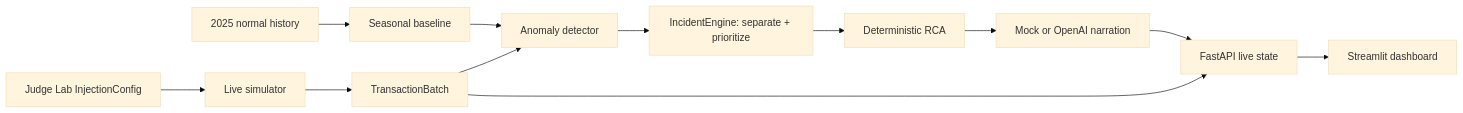
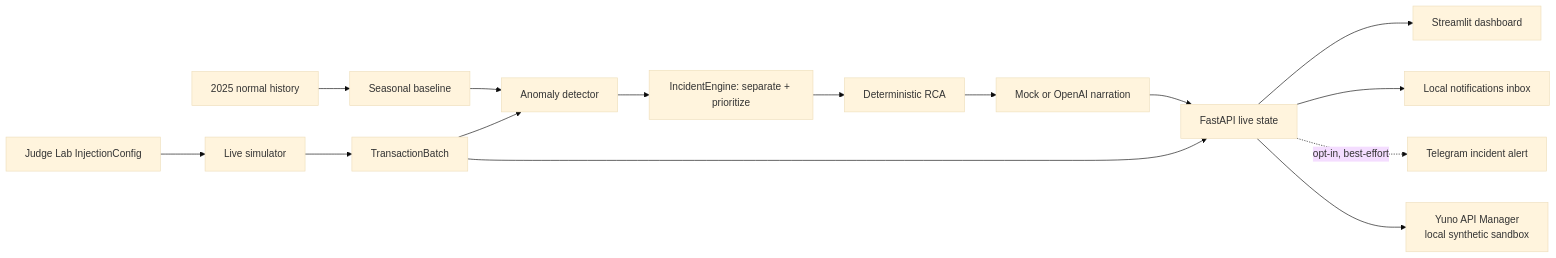
The diagram in README.md (victoriapersico/nw), drawn with Mermaid (base theme) before and after one commit. The commit also changed other lines of this file and 5 other files, not shown here.

````diff
--- a/README.md
+++ b/README.md
@@ -16,14 +21,17 @@
 ```mermaid
 flowchart LR
     H["2025 normal history"] --> B["Seasonal baseline"]
     J["Judge Lab InjectionConfig"] --> S["Live simulator"]
     S --> T["TransactionBatch"]
     B --> D["Anomaly detector"]
     T --> D
     D --> I["IncidentEngine: separate + prioritize"]
     I --> R["Deterministic RCA"]
     R --> N["Mock or OpenAI narration"]
     N --> A["FastAPI live state"]
     T --> A
     A --> U["Streamlit dashboard"]
+    A --> L["Local notifications inbox"]
+    A -.->|opt-in, best-effort| TG["Telegram incident alert"]
+    A --> Y["Yuno API Manager<br/>local synthetic sandbox"]
 ```
````
